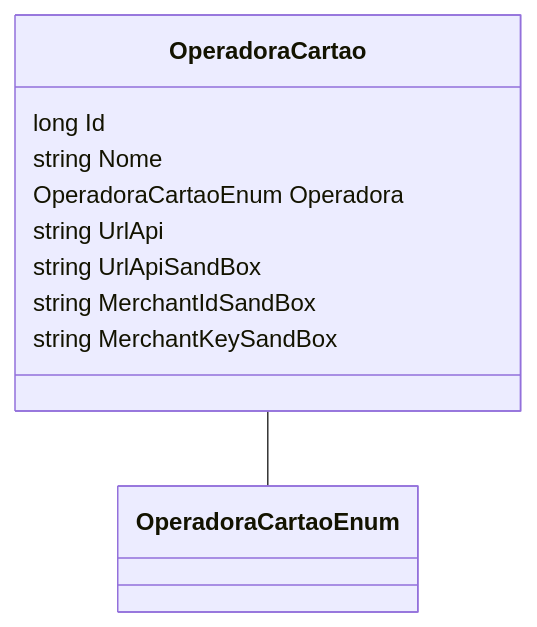
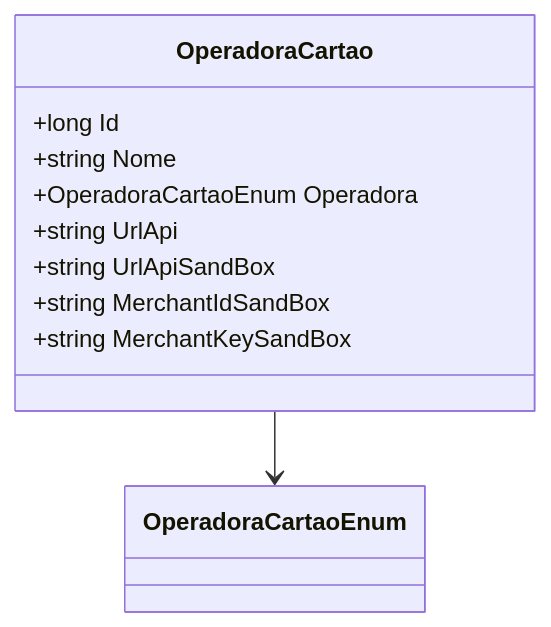
The diagram in docs/b2b-dominio/IsthmusWinthor.Nucleo/IsthmusWinthor.Dominio/Entidades/OperadoraCartao.md (IsthmusSistemas/documentacao-tecnica), drawn with Mermaid before and after one commit. The commit also changed other lines of this file and 882 other files, not shown here.

````diff
--- a/docs/b2b-dominio/IsthmusWinthor.Nucleo/IsthmusWinthor.Dominio/Entidades/OperadoraCartao.md
+++ b/docs/b2b-dominio/IsthmusWinthor.Nucleo/IsthmusWinthor.Dominio/Entidades/OperadoraCartao.md
@@ -22,14 +21,13 @@
 ```mermaid
 classDiagram
     class OperadoraCartao {
-        long Id
-        string Nome
-        OperadoraCartaoEnum Operadora
-        string UrlApi
-        string UrlApiSandBox
-        string MerchantIdSandBox
-        string MerchantKeySandBox
+        +long Id
+        +string Nome
+        +OperadoraCartaoEnum Operadora
+        +string UrlApi
+        +string UrlApiSandBox
+        +string MerchantIdSandBox
+        +string MerchantKeySandBox
     }
-
-    OperadoraCartao -- OperadoraCartaoEnum
+    OperadoraCartao --> OperadoraCartaoEnum
 ```
````
